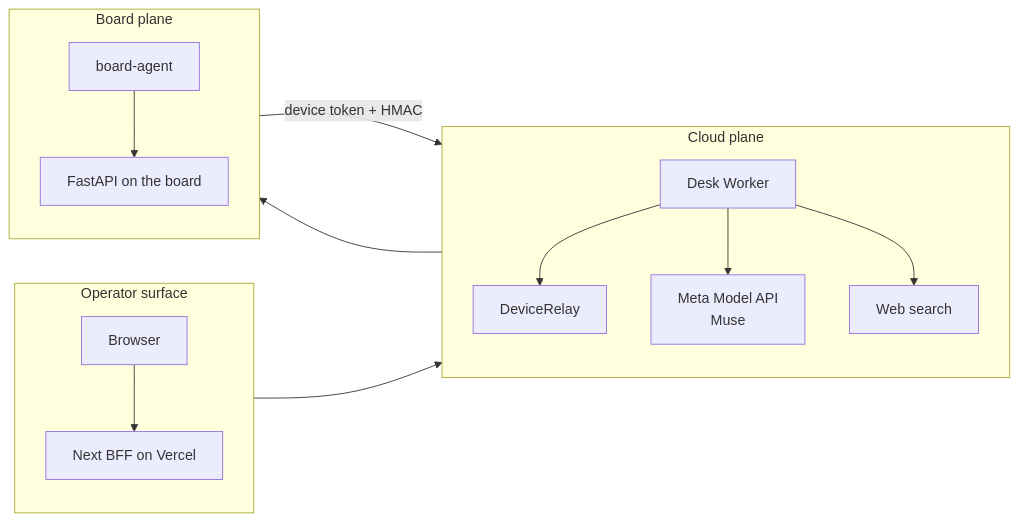
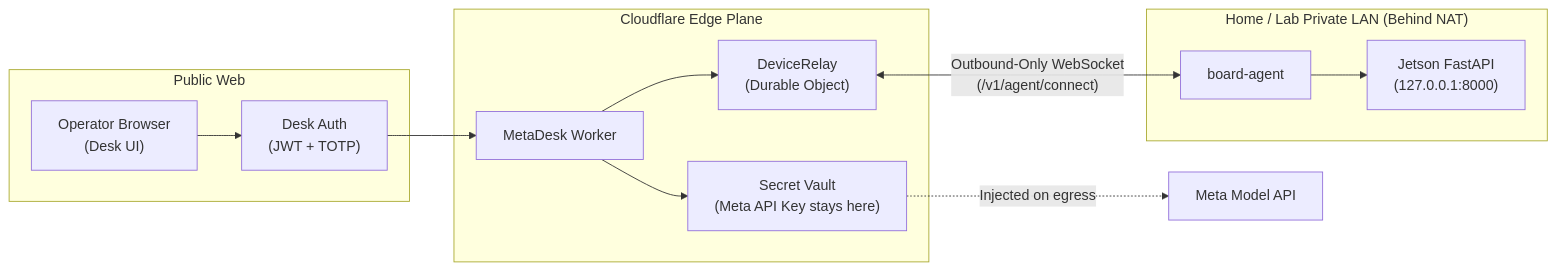
The third of 3 diagrams in README.md (altaga/MetaDesk), drawn with Mermaid before and after one commit. The commit also changed other lines of this file and 3 other files, not shown here.

````diff
--- a/README.md
+++ b/README.md
@@ -272,25 +167,19 @@
 ```mermaid
 flowchart LR
-  subgraph Surface["Operator surface"]
-    direction TB
-    Client["Browser"] --> BFF["Next BFF on Vercel"]
-  end
-  subgraph Cloud["Cloud plane"]
-    direction TB
-    Worker["Desk Worker"]
-    Relay["DeviceRelay"]
-    Meta["Meta Model API<br/>Muse"]
-    Search["Web search"]
-  end
-  subgraph Board["Board plane"]
-    direction TB
-    Agent["board-agent"] --> API["FastAPI on the board"]
+  subgraph PublicWeb["Public Web"]
+    Browser["Operator Browser<br/>(Desk UI)"] --> Auth["Desk Auth<br/>(JWT + TOTP)"]
   end
 
-  BFF --> Worker
-  Worker --> Relay
-  Worker --> Meta
-  Worker --> Search
-  Relay --> Agent
-  API -->|"device token + HMAC"| Worker
+  subgraph Cloudflare["Cloudflare Edge Plane"]
+    Auth --> Worker["MetaDesk Worker"]
+    Worker --> DO["DeviceRelay<br/>(Durable Object)"]
+    Worker --> Vault["Secret Vault<br/>(Meta API Key stays here)"]
+  end
+
+  subgraph PrivateLAN["Home / Lab Private LAN (Behind NAT)"]
+    DO <-->|"Outbound-Only WebSocket<br/>(/v1/agent/connect)"| BoardAgent["board-agent"]
+    BoardAgent --> JetsonAPI["Jetson FastAPI<br/>(127.0.0.1:8000)"]
+  end
+
+  Vault -.->|"Injected on egress"| MetaAPI["Meta Model API"]
 ```
````
